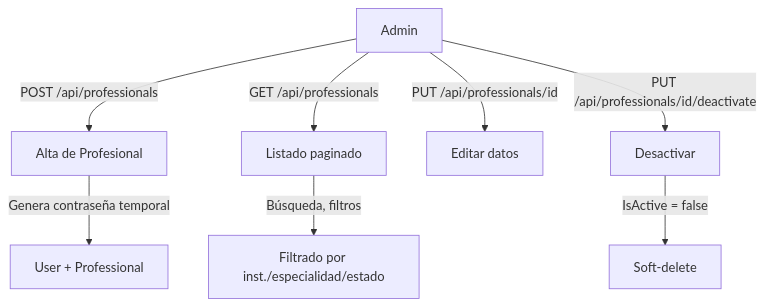
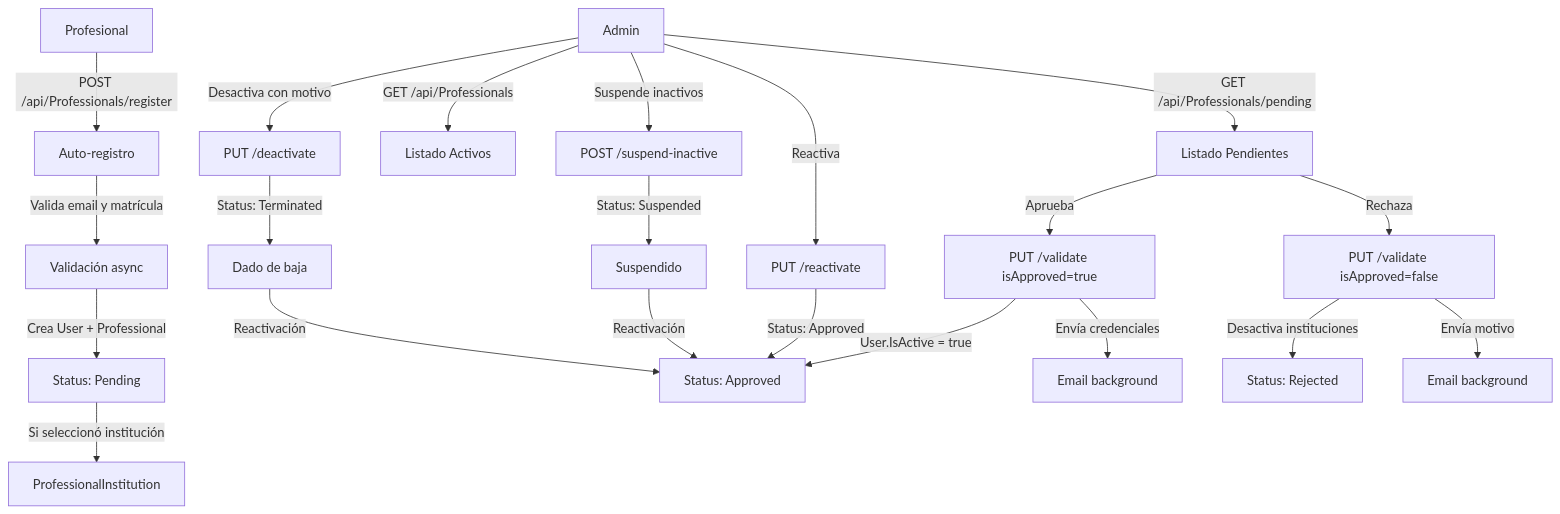
Before and after one commit to Sacha-html/InclusiON: the first of 2 diagrams in Process/04-gestion-profesionales.md, drawn with Mermaid. The commit also changed other lines of this file and 5 other files, not shown here.

````diff
--- a/Process/04-gestion-profesionales.md
+++ b/Process/04-gestion-profesionales.md
@@ -38,12 +52,27 @@
 ```mermaid
 flowchart TD
-    ADMIN[Admin] -->|POST /api/professionals| ALTA[Alta de Profesional]
-    ALTA -->|Genera contraseña temporal| USER[User + Professional]
+    PROF[Profesional] -->|POST /api/Professionals/register| REGISTRO[Auto-registro]
+    REGISTRO -->|Valida email y matrícula| VALIDA[Validación async]
+    VALIDA -->|Crea User + Professional| PENDING[Status: Pending]
+    PENDING -->|Si seleccionó institución| INST[ProfessionalInstitution]
 
-    ADMIN -->|GET /api/professionals| LIST[Listado paginado]
-    LIST -->|Búsqueda, filtros| FILTRO[Filtrado por inst./especialidad/estado]
+    ADMIN[Admin] -->|GET /api/Professionals/pending| LISTPEND[Listado Pendientes]
+    LISTPEND -->|Aprueba| APROBAR[PUT /validate isApproved=true]
+    LISTPEND -->|Rechaza| RECHAZAR[PUT /validate isApproved=false]
 
-    ADMIN -->|PUT /api/professionals/id| EDIT[Editar datos]
-    ADMIN -->|PUT /api/professionals/id/deactivate| DEACT[Desactivar]
-    DEACT -->|IsActive = false| SOFT[Soft-delete]
+    APROBAR -->|User.IsActive = true| ACTIVO[Status: Approved]
+    APROBAR -->|Envía credenciales| EMAIL[Email background]
+    RECHAZAR -->|Desactiva instituciones| REJ[Status: Rejected]
+    RECHAZAR -->|Envía motivo| EMAILREJ[Email background]
+
+    ADMIN -->|GET /api/Professionals| LISTACT[Listado Activos]
+    ADMIN -->|Desactiva con motivo| DEACT[PUT /deactivate]
+    ADMIN -->|Reactiva| REACT[PUT /reactivate]
+    ADMIN -->|Suspende inactivos| SUSPEND[POST /suspend-inactive]
+
+    DEACT -->|Status: Terminated| BAJA[Dado de baja]
+    REACT -->|Status: Approved| ACTIVO
+    SUSPEND -->|Status: Suspended| SUSP[Suspendido]
+    SUSP -->|Reactivación| ACTIVO
+    BAJA -->|Reactivación| ACTIVO
 ```
````
